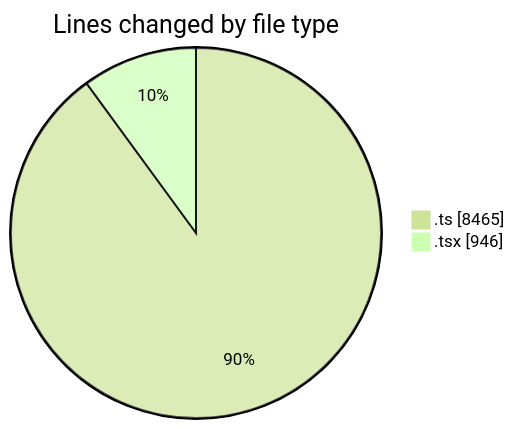
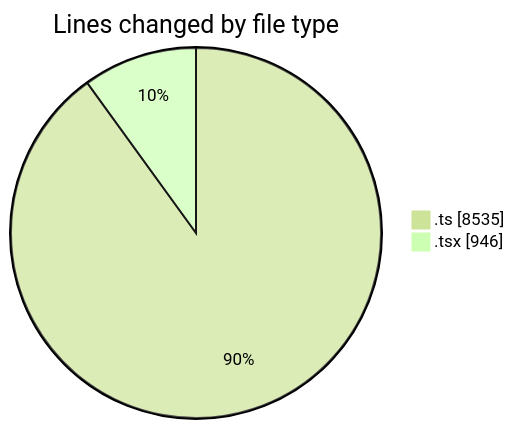
Before and after one commit to momahboobian/code-tracking: the first of 2 diagrams in 2025-07-14/cda/README.md, drawn with Mermaid (forest theme). The commit also changed other lines of this file and 1 other file, not shown here.

````diff
--- a/2025-07-14/cda/README.md
+++ b/2025-07-14/cda/README.md
@@ -26,6 +26,6 @@
 ```mermaid
 pie showData
 title Lines changed by file type
-".ts" : 8465
+".ts" : 8535
 ".tsx" : 946
 ```
````
